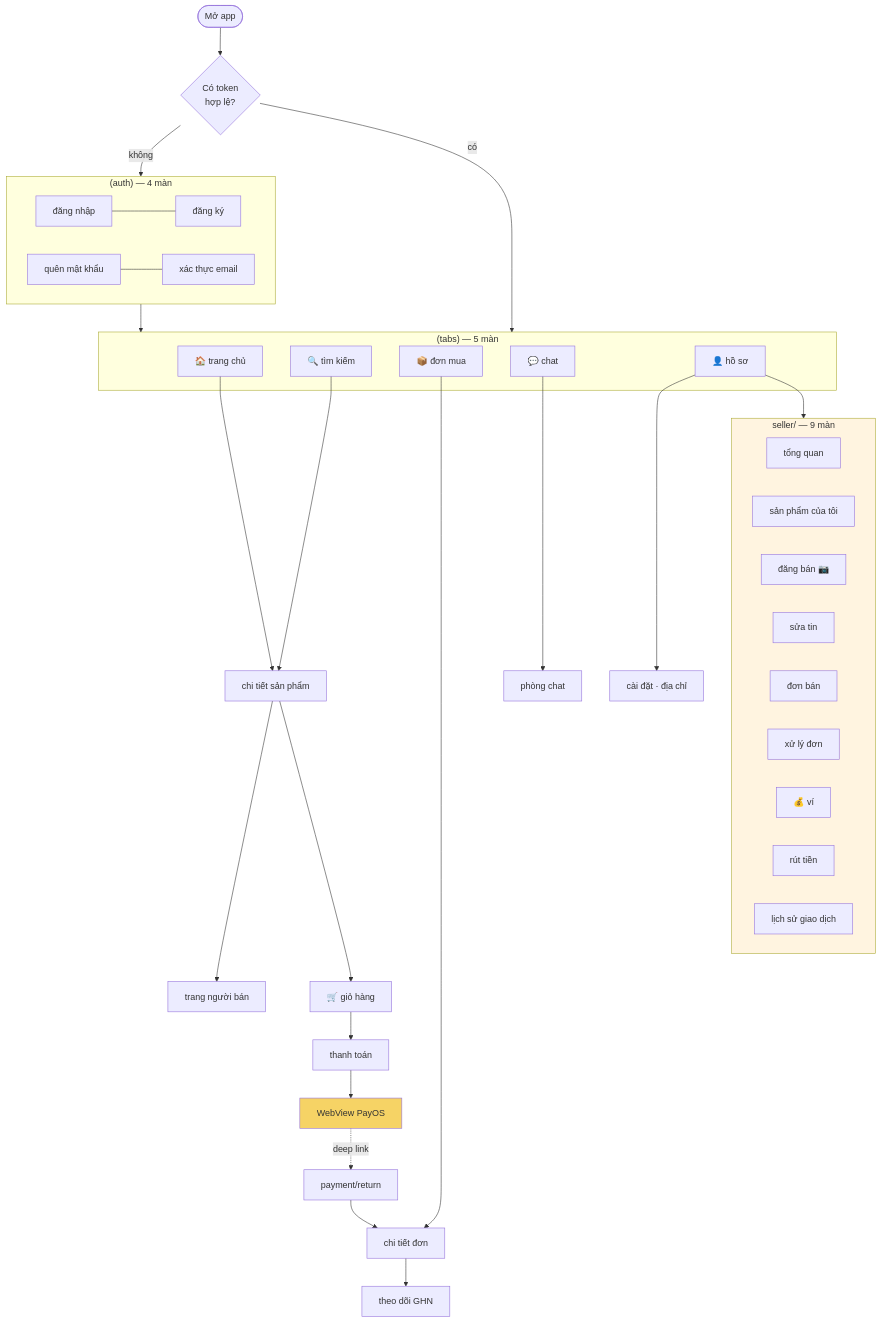
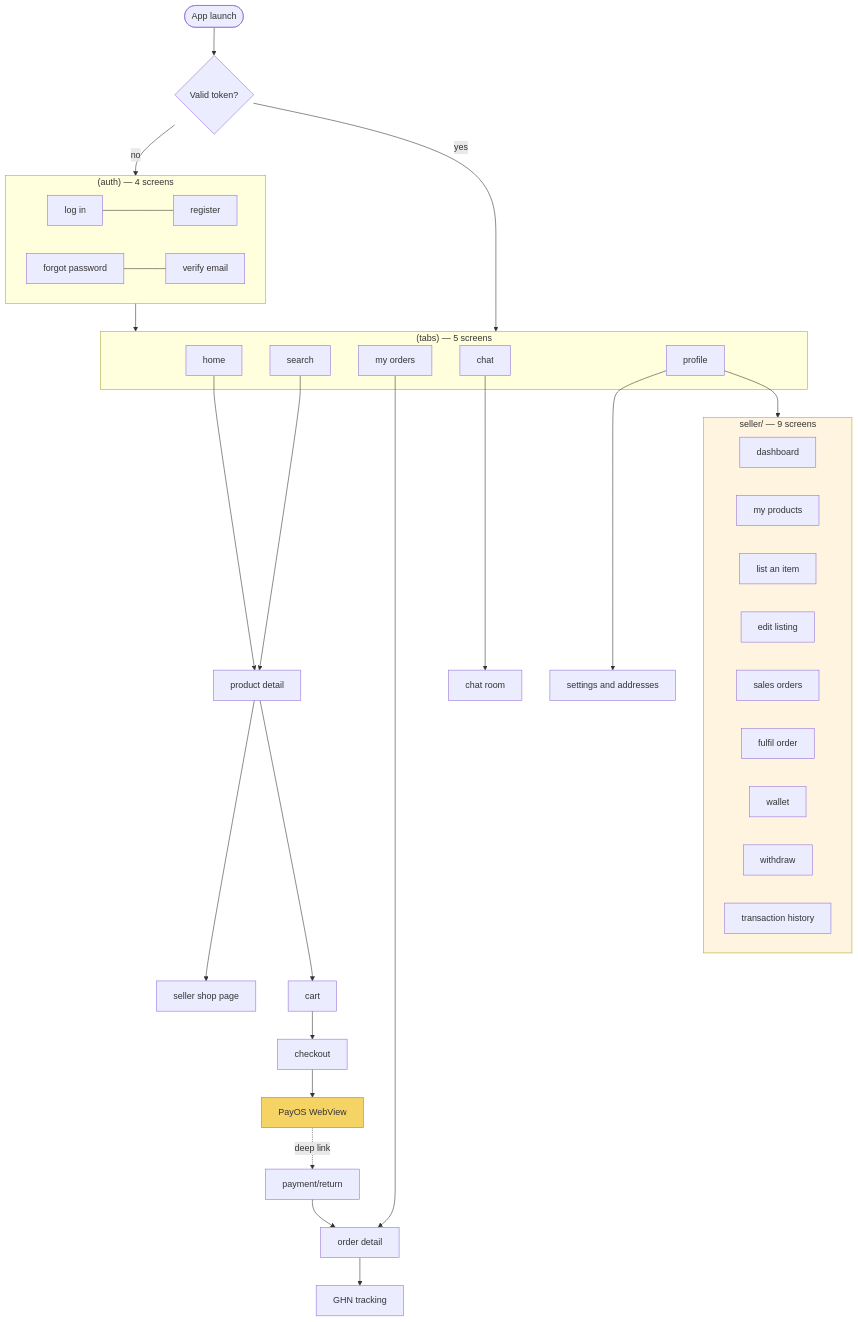
Before and after one commit to tdat-dev/Zoldify_Backend: diagram 17 of 18 in docs/system-design/2026-08-06-zoldify-diagrams.md, drawn with Mermaid. The commit also changed other lines of this file, not shown here.

First line of the commit message:
Docs: Dịch nhãn 18 sơ đồ cũ sang tiếng Anh

````diff
--- a/docs/system-design/2026-08-06-zoldify-diagrams.md
+++ b/docs/system-design/2026-08-06-zoldify-diagrams.md
@@ -747,53 +761,53 @@
 ```mermaid
 flowchart TB
-    start(["Mở app"]) --> check{"Có token<br/>hợp lệ?"}
-    check -->|không| auth
-    check -->|có| tabs
+    start(["App launch"]) --> check{"Valid token?"}
+    check -->|no| auth
+    check -->|yes| tabs
 
-    subgraph auth["(auth) — 4 màn"]
-        login["đăng nhập"] --- register["đăng ký"]
-        forgot["quên mật khẩu"] --- verify["xác thực email"]
+    subgraph auth["(auth) — 4 screens"]
+        login["log in"] --- register["register"]
+        forgot["forgot password"] --- verify["verify email"]
     end
 
     auth --> tabs
 
-    subgraph tabs["(tabs) — 5 màn"]
-        home["🏠 trang chủ"]
-        search["🔍 tìm kiếm"]
-        myorders["📦 đơn mua"]
-        chatlist["💬 chat"]
-        profile["👤 hồ sơ"]
+    subgraph tabs["(tabs) — 5 screens"]
+        home["home"]
+        search["search"]
+        myorders["my orders"]
+        chatlist["chat"]
+        profile["profile"]
     end
 
-    home --> product["chi tiết sản phẩm"]
+    home --> product["product detail"]
     search --> product
-    product --> shop["trang người bán"]
-    product --> cart["🛒 giỏ hàng"]
-    cart --> checkout["thanh toán"]
-    checkout --> payos["WebView PayOS"]
+    product --> shop["seller shop page"]
+    product --> cart["cart"]
+    cart --> checkout["checkout"]
+    checkout --> payos["PayOS WebView"]
     payos -.->|"deep link"| ret["payment/return"]
     ret --> orderDetail
 
-    myorders --> orderDetail["chi tiết đơn"]
-    orderDetail --> tracking["theo dõi GHN"]
-    chatlist --> room["phòng chat"]
+    myorders --> orderDetail["order detail"]
+    orderDetail --> tracking["GHN tracking"]
+    chatlist --> room["chat room"]
 
     profile --> sellerHub
 
-    subgraph sellerHub["seller/ — 9 màn"]
-        dash["tổng quan"]
-        prods["sản phẩm của tôi"]
-        newProd["đăng bán 📷"]
-        editProd["sửa tin"]
-        sorders["đơn bán"]
-        sorderDetail["xử lý đơn"]
-        wallet["💰 ví"]
-        withdraw["rút tiền"]
-        txns["lịch sử giao dịch"]
+    subgraph sellerHub["seller/ — 9 screens"]
+        dash["dashboard"]
+        prods["my products"]
+        newProd["list an item"]
+        editProd["edit listing"]
+        sorders["sales orders"]
+        sorderDetail["fulfil order"]
+        wallet["wallet"]
+        withdraw["withdraw"]
+        txns["transaction history"]
     end
 
-    profile --> settings["cài đặt · địa chỉ"]
+    profile --> settings["settings and addresses"]
 
     style sellerHub fill:#fff4e0
     style payos fill:#f6d365
 ```
````
